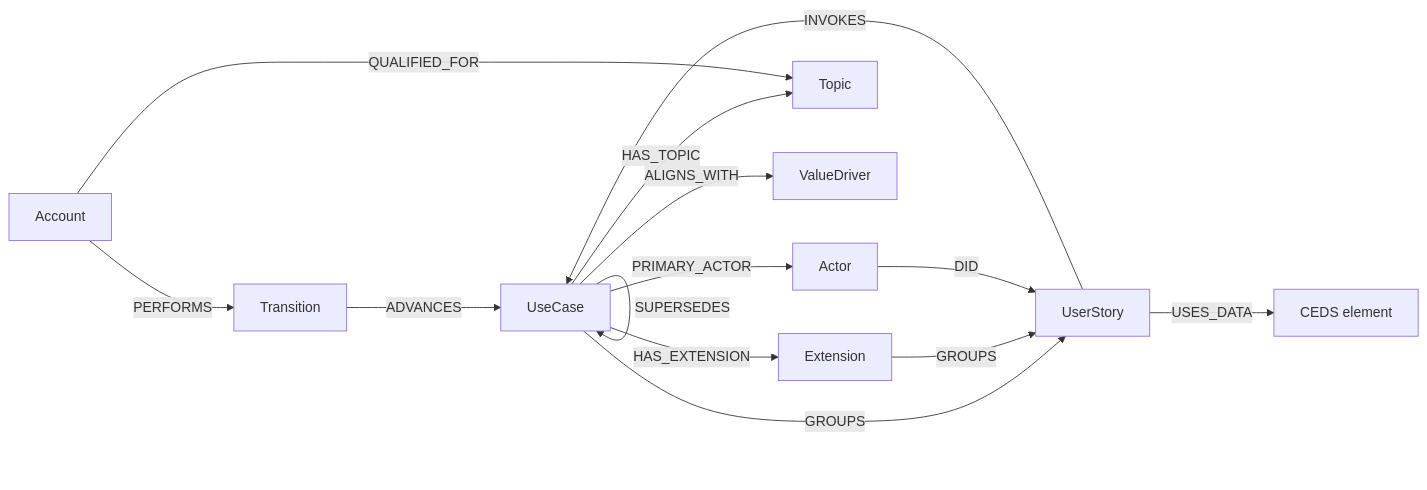
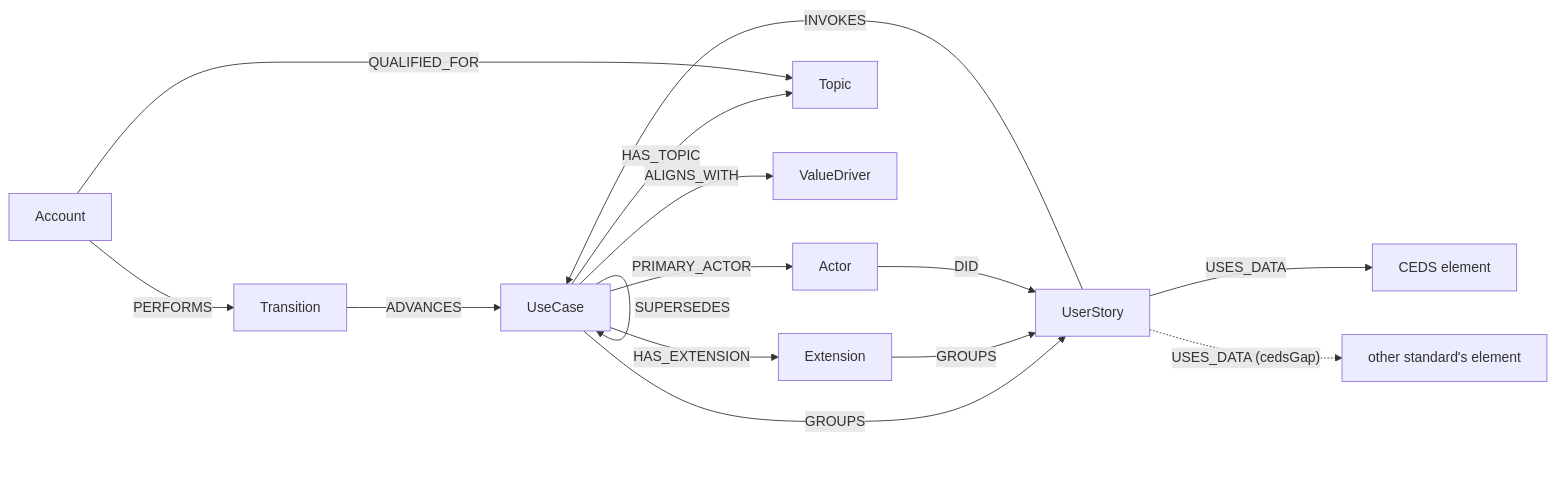
Before and after one commit to educoreproject/DataModelExplorer: the diagram in docs/use-case-model/README.md, drawn with Mermaid. The commit also changed other lines of this file and 1 other file, not shown here.

````diff
--- a/docs/use-case-model/README.md
+++ b/docs/use-case-model/README.md
@@ -9,16 +11,17 @@
 ```mermaid
 flowchart LR
   UseCase -- PRIMARY_ACTOR --> Actor
   UseCase -- HAS_TOPIC --> Topic
   UseCase -- ALIGNS_WITH --> ValueDriver
   UseCase -- SUPERSEDES --> UseCase
   UseCase -- GROUPS --> UserStory
   UseCase -- HAS_EXTENSION --> Extension
   Extension -- GROUPS --> UserStory
   UserStory -- INVOKES --> UseCase
   Actor -- DID --> UserStory
   UserStory -- USES_DATA --> CEDS["CEDS element"]
+  UserStory -. "USES_DATA (cedsGap)" .-> Other["other standard's element"]
   Account -- QUALIFIED_FOR --> Topic
   Account -- PERFORMS --> Transition
   Transition -- ADVANCES --> UseCase
 ```
````
